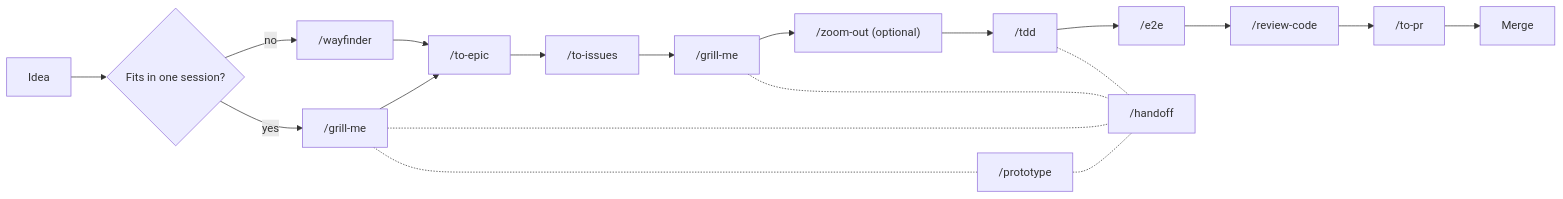
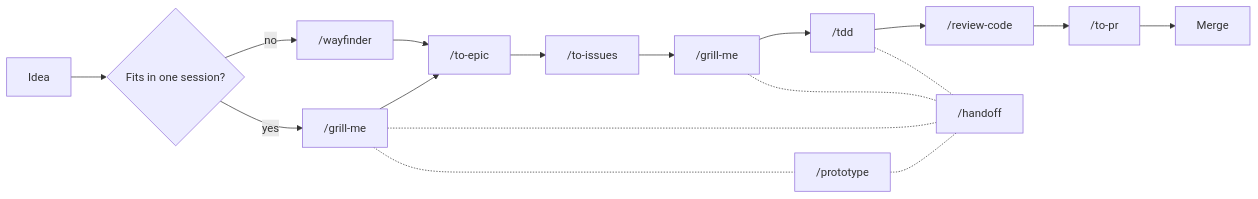
The diagram in README.md (Franco904/skills), drawn with Mermaid before and after one commit. The commit also changed other lines of this file and 3 other files, not shown here.

Commit message:
chore: remove skills zoom-out e e2e e todas as referências

````diff
--- a/README.md
+++ b/README.md
@@ -57,22 +53,20 @@
 ```mermaid
 flowchart LR
     A[Idea] --> Z{Fits in one session?}
     Z -- yes --> B["/grill-me"]
     Z -- no --> W["/wayfinder"]
     B --> C["/to-epic"]
     W --> C
     C --> D["/to-issues"]
     D --> E["/grill-me"]
-    E --> F["/zoom-out (optional)"]
-    F --> G["/tdd"]
-    G --> H["/e2e"]
-    H --> I["/review-code"]
+    E --> G["/tdd"]
+    G --> I["/review-code"]
     I --> J["/to-pr"]
     J --> K[Merge]
 
     B -.- P["/prototype"]
     P -.- L["/handoff"]
     B -.- L
     E -.- L
     G -.- L
 ```
````
